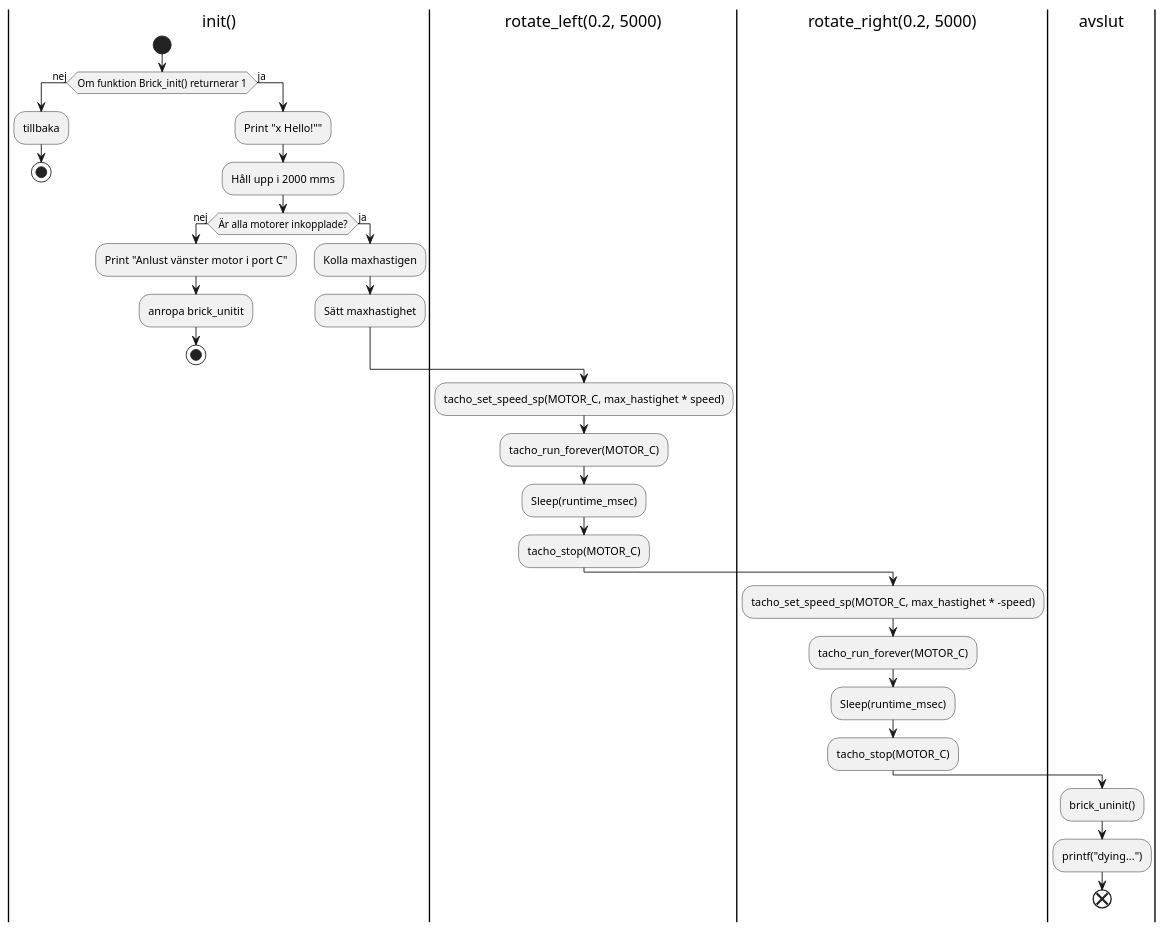
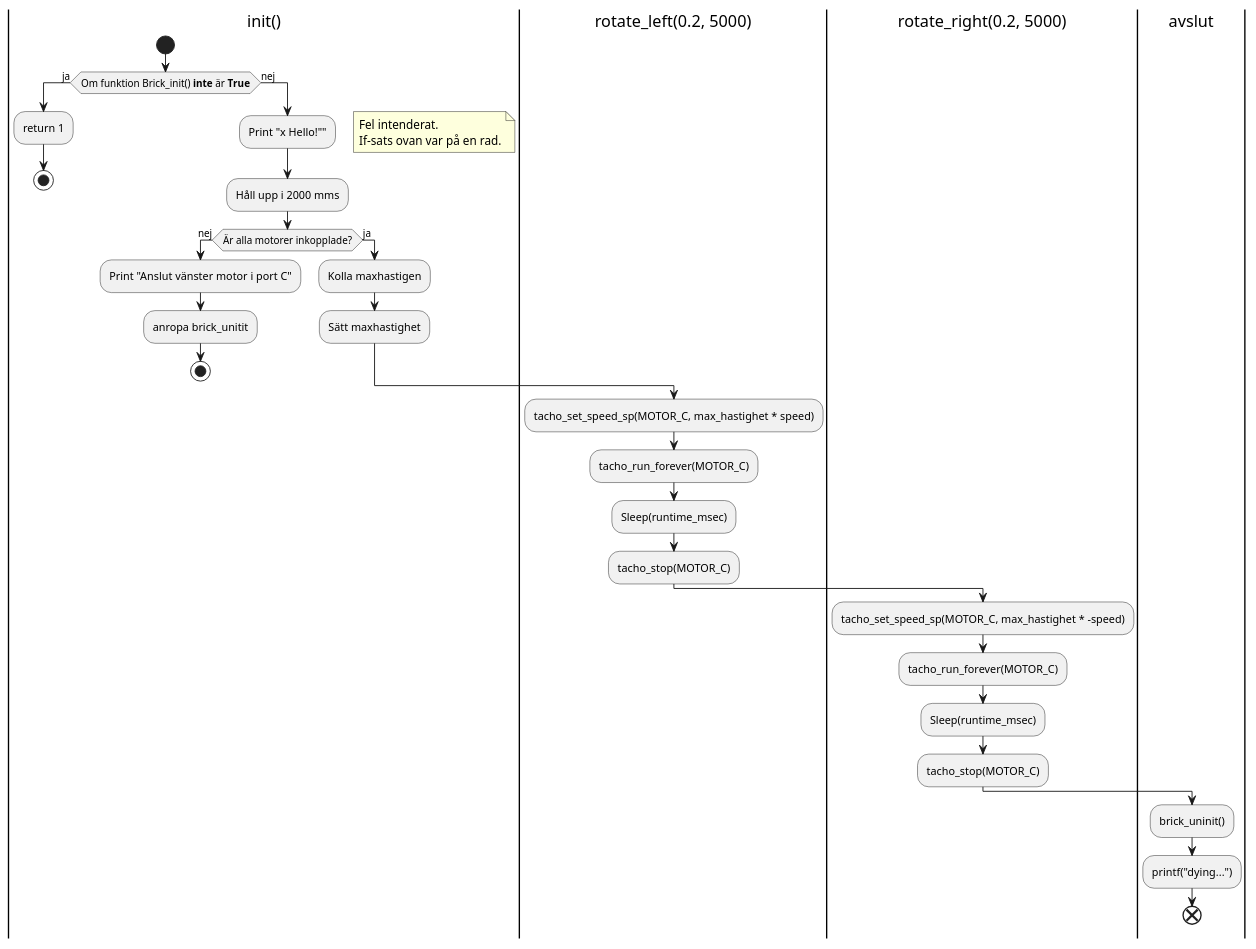
The diagram in PlantUML/rotate_test_activity_diagram.puml (MattiasLindgren278/robot_project_18), drawn with PlantUML before and after one commit. The commit also changed 1 other file, not shown here.

Commit message:
Korrigerat fel i aktivitetsschemat samt lagt till kommentarer riktade mot koden

```diff
--- a/PlantUML/rotate_test_activity_diagram.puml
+++ b/PlantUML/rotate_test_activity_diagram.puml
@@ -1,37 +1,41 @@
 @startuml
 
 |init()|
 start
-if (Om funktion Brick_init() returnerar 1) then (nej)
-:tillbaka;
+if (Om funktion Brick_init() **inte** är **True**) then (ja)
+:return 1;
 stop 
-else (ja)
+else (nej)
     :Print "x Hello!"";
+    floating note right
+        Fel intenderat.
+        If-sats ovan var på en rad.
+    end note
     :Håll upp i 2000 mms;
     if (Är alla motorer inkopplade?) then (nej)
-        :Print "Anlust vänster motor i port C";
+        :Print "Anslut vänster motor i port C";
         :anropa brick_unitit;
         stop
         
     else (ja)
         :Kolla maxhastigen;
         :Sätt maxhastighet;
         ' stop
     ' :Tillbaka till main;
     '
     endif 
 |rotate_left(0.2, 5000)|
     :tacho_set_speed_sp(MOTOR_C, max_hastighet * speed);
     :tacho_run_forever(MOTOR_C);
     :Sleep(runtime_msec);
     :tacho_stop(MOTOR_C);
 |rotate_right(0.2, 5000)|
     :tacho_set_speed_sp(MOTOR_C, max_hastighet * -speed);
     :tacho_run_forever(MOTOR_C);
     :Sleep(runtime_msec);
     :tacho_stop(MOTOR_C);
 |avslut|
     :brick_uninit();
     :printf("dying..."); 
 end
 @enduml
```
